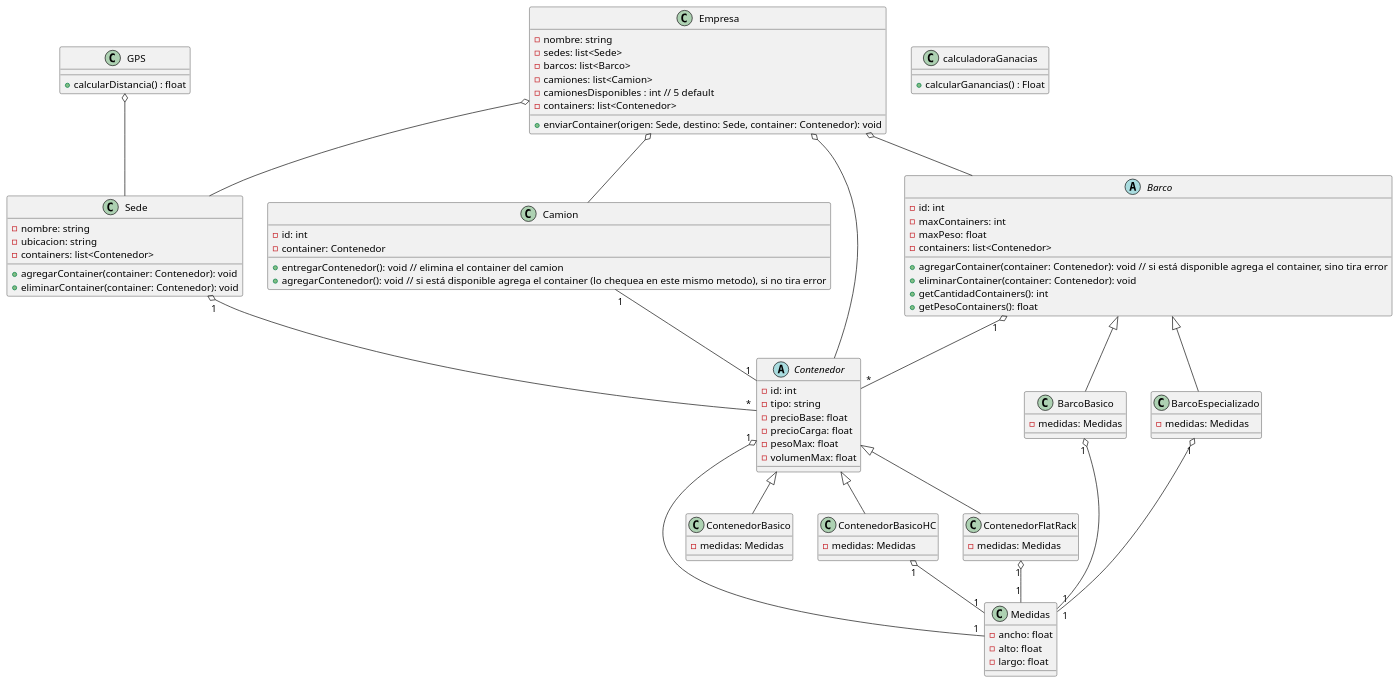
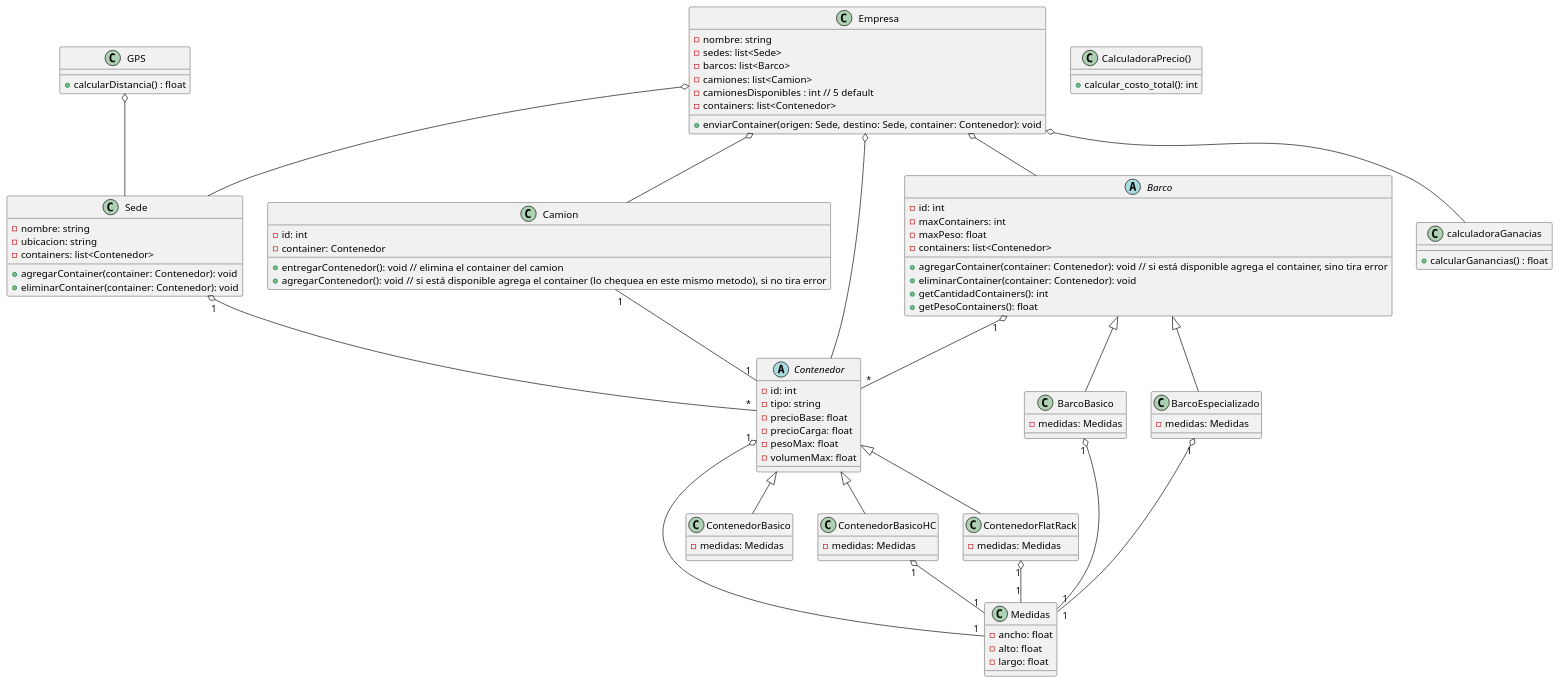
Before and after one commit to OrianaPG/TrabajoPracticoContainers: the diagram in Diagramas/diagramaDeClases.puml, drawn with PlantUML. The commit also changed 1 other file, not shown here.

Commit message:
Arreglé test y acomodé el diagrama

```diff
--- a/Diagramas/diagramaDeClases.puml
+++ b/Diagramas/diagramaDeClases.puml
@@ -1,110 +1,116 @@
 @startuml Containers
 
 class Empresa {
     - nombre: string
     - sedes: list<Sede>
     - barcos: list<Barco>
     - camiones: list<Camion>
     - camionesDisponibles : int // 5 default
     - containers: list<Contenedor>
 
     + enviarContainer(origen: Sede, destino: Sede, container: Contenedor): void
 }
 
 class Sede {
     - nombre: string
     - ubicacion: string
     - containers: list<Contenedor>
 
     + agregarContainer(container: Contenedor): void
     + eliminarContainer(container: Contenedor): void
 }
 
 abstract class Barco {
     - id: int
     - maxContainers: int
     - maxPeso: float
     - containers: list<Contenedor>
 
     + agregarContainer(container: Contenedor): void // si está disponible agrega el container, sino tira error
     + eliminarContainer(container: Contenedor): void
     + getCantidadContainers(): int
     + getPesoContainers(): float
 }
 
 class BarcoBasico {
     - medidas: Medidas
 }
 
 class BarcoEspecializado {
     - medidas: Medidas
 }
 
 class Medidas {
     - ancho: float
     - alto: float
     - largo: float
 }
 
 class Camion {
     - id: int
     - container: Contenedor 
 
     + entregarContenedor(): void // elimina el container del camion
     + agregarContenedor(): void // si está disponible agrega el container (lo chequea en este mismo metodo), si no tira error
 }
 
 abstract class Contenedor {
     - id: int
     - tipo: string
     - precioBase: float
     - precioCarga: float
     - pesoMax: float
     - volumenMax: float
 }
 
 class ContenedorBasico {
     - medidas: Medidas
 }
 
 class ContenedorBasicoHC {
     - medidas: Medidas
 }
 
 class ContenedorFlatRack {
     - medidas: Medidas
 }
 
 class GPS {
     + calcularDistancia() : float
 }
 
 class calculadoraGanacias {
-    + calcularGanancias() : Float
+    + calcularGanancias() : float
+}
+
+class CalculadoraPrecio() {
+    + calcular_costo_total(): int
 }
 
 GPS o-- Sede
 Empresa o-- Sede
 Empresa o-- Barco
 Empresa o-- Camion
 Empresa o-- Contenedor
 
 Sede "1" o-- "*" Contenedor
 
 Barco <|-- BarcoBasico
 Barco <|-- BarcoEspecializado
 
 Barco "1" o-- "*" Contenedor
 
 Camion "1" -- "1" Contenedor
 
 Contenedor <|-- ContenedorBasico
 Contenedor <|-- ContenedorBasicoHC
 Contenedor <|-- ContenedorFlatRack
 
 Contenedor "1" o-- "1" Medidas
 BarcoBasico "1" o-- "1" Medidas
 BarcoEspecializado "1" o-- "1" Medidas
 ContenedorBasicoHC "1" o-- "1" Medidas
 ContenedorFlatRack "1" o-- "1" Medidas
+
+Empresa o--calculadoraGanacias
 @enduml
```
